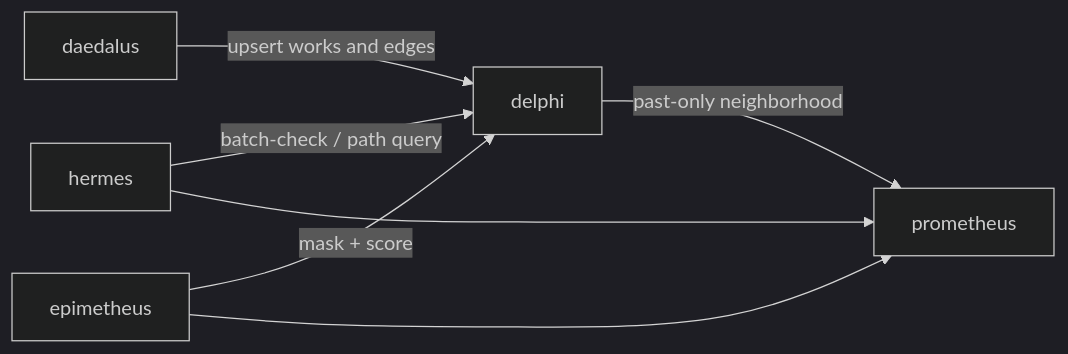
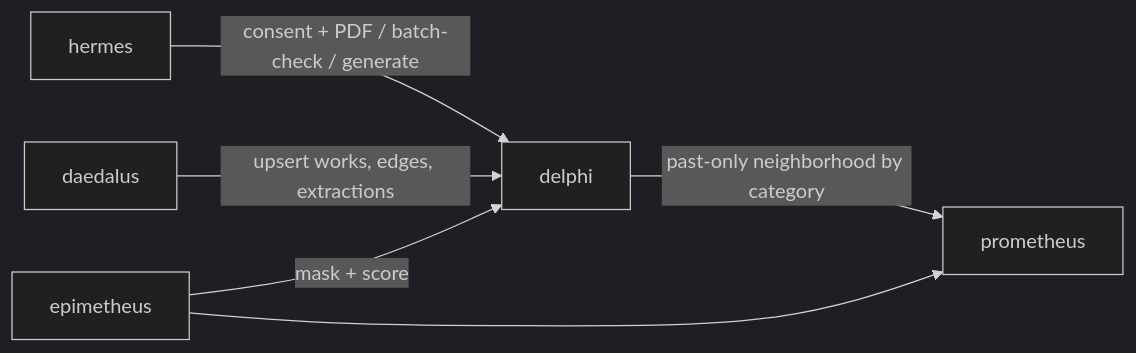
Before and after one commit to pirlruc/delphi-engine: the diagram in README.md, drawn with Mermaid (dark theme). The commit also changed other lines of this file and 21 other files, not shown here.

````diff
--- a/README.md
+++ b/README.md
@@ -34,9 +38,8 @@
 ```mermaid
 flowchart LR
-  Hermes["hermes"] -->|batch-check / path query| Delphi["delphi"]
-  Daedalus["daedalus"] -->|upsert works and edges| Delphi
-  Delphi -->|past-only neighborhood| Prometheus["prometheus"]
+  Hermes["hermes"] -->|"consent + PDF / batch-check / generate"| Delphi["delphi"]
+  Daedalus["daedalus"] -->|upsert works, edges, extractions| Delphi
+  Delphi -->|past-only neighborhood by category| Prometheus["prometheus"]
   Epimetheus["epimetheus"] -->|mask + score| Delphi
   Epimetheus --> Prometheus
-  Hermes --> Prometheus
 ```
````
